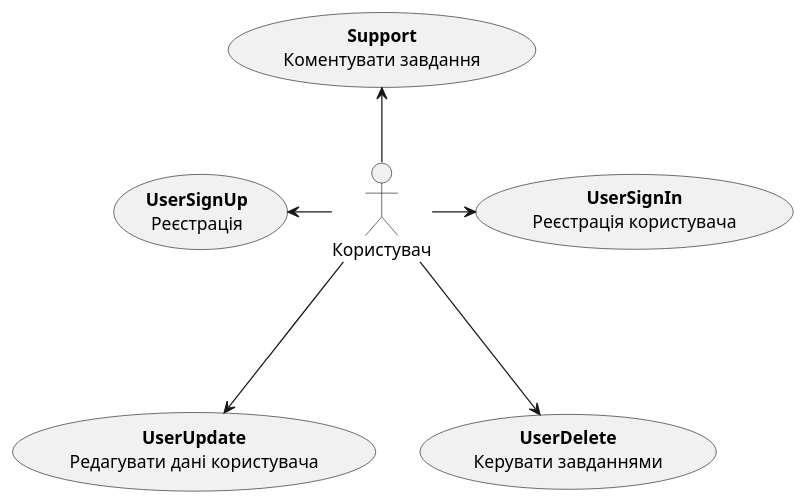
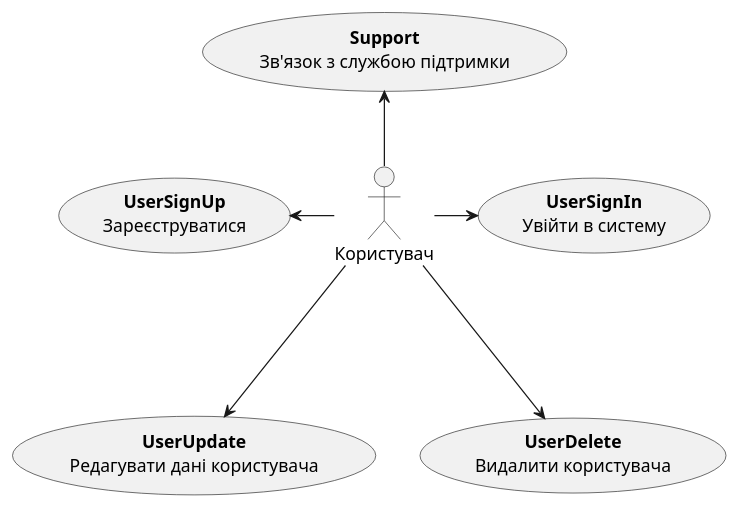
The second of 4 diagrams in docs/use cases/README.md (vlad13242/TaskForge), drawn with PlantUML before and after one commit. The commit also changed other lines of this file, not shown here.

```diff
--- a/docs/use cases/README.md
+++ b/docs/use cases/README.md
@@ -59,20 +59,20 @@
 @startuml
 
     skinparam noteFontColor white
 
     actor "Користувач" as User
 
-    usecase "<b>UserSignUp</b>\nРеєстрація" as UserSignUp
-    usecase "<b>UserSignIn</b>\nРеєстрація користувача" as UserSignIn
+    usecase "<b>UserSignUp</b>\nЗареєструватися" as UserSignUp
+    usecase "<b>UserSignIn</b>\nУвійти в систему" as UserSignIn
     usecase "<b>UserUpdate</b>\nРедагувати дані користувача" as UserUpdate
-    usecase "<b>UserDelete</b>\nКерувати завданнями" as UserDelete
-    usecase "<b>Support</b>\nКоментувати завдання" as Support
+    usecase "<b>UserDelete</b>\nВидалити користувача" as UserDelete
+    usecase "<b>Support</b>\nЗв'язок з службою підтримки" as Support
 
     User -l-> UserSignUp
     User -r-> UserSignIn
     User --d-> UserUpdate
     User --d-> UserDelete
     User -u-> Support
 
 
 @enduml
```
